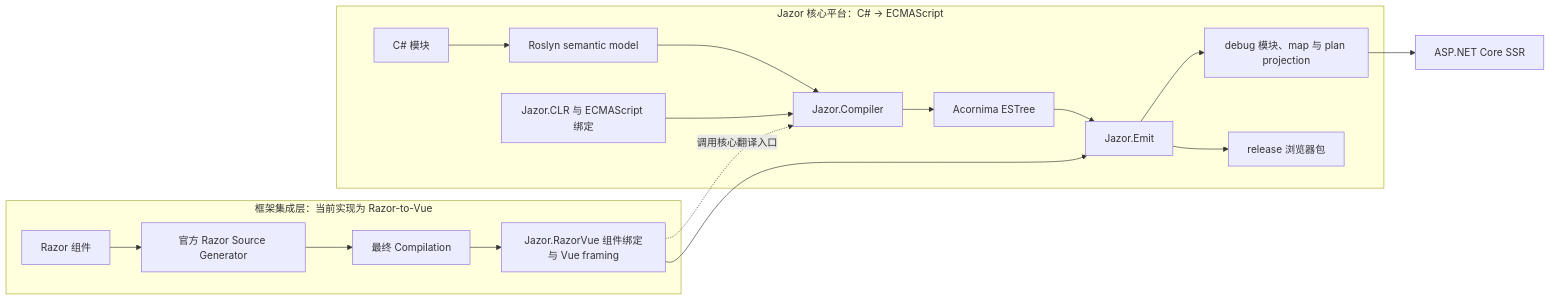
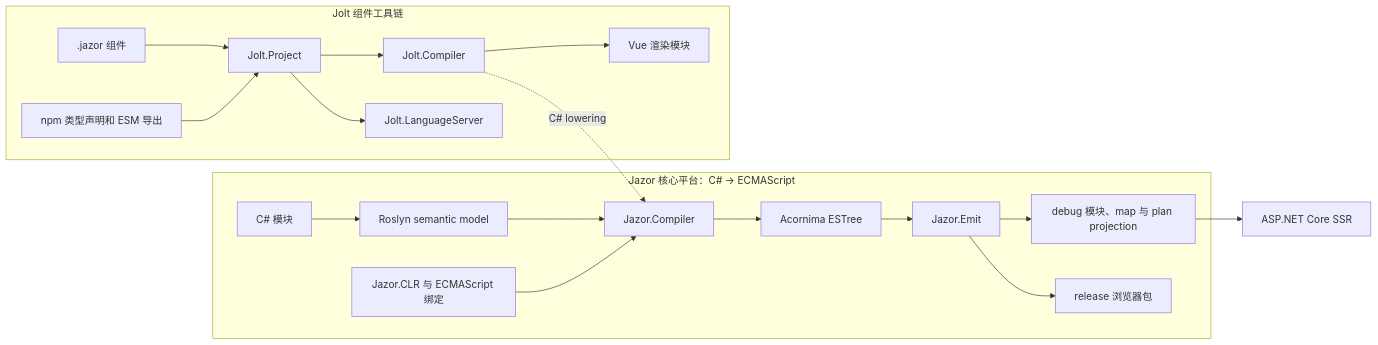
Before and after one commit to devhxj/Jazor: the diagram in docs/01-overview/system-architecture.md, drawn with Mermaid. The commit also changed other lines of this file and 32 other files, not shown here.

Commit message:
chore: finish removing legacy RazorVue and LibNode references

````diff
--- a/docs/01-overview/system-architecture.md
+++ b/docs/01-overview/system-architecture.md
@@ -9,22 +9,23 @@
 ```mermaid
 flowchart LR
     subgraph Core[Jazor 核心平台：C# -> ECMAScript]
         CSharp[C# 模块] --> Roslyn[Roslyn semantic model]
         Roslyn --> Compiler[Jazor.Compiler]
         Bindings[Jazor.CLR 与 ECMAScript 绑定] --> Compiler
         Compiler --> Ast[Acornima ESTree]
         Ast --> Emit[Jazor.Emit]
         Emit --> Debug[debug 模块、map 与 plan projection]
         Emit --> Bundle[release 浏览器包]
     end
 
-    subgraph Integrations[框架集成层：当前实现为 Razor-to-Vue]
-        Razor[Razor 组件] --> RazorSG[官方 Razor Source Generator]
-        RazorSG --> Compilation[最终 Compilation]
-        Compilation --> Binding[Jazor.RazorVue 组件绑定与 Vue framing]
-        Binding -. 调用核心翻译入口 .-> Compiler
-        Binding --> Emit
+    subgraph Jolt[Jolt 组件工具链]
+        Component[.jazor 组件] --> Project[Jolt.Project]
+        Npm[npm 类型声明和 ESM 导出] --> Project
+        Project --> JoltCompiler[Jolt.Compiler]
+        Project --> Editor[Jolt.LanguageServer]
+        JoltCompiler -. C# lowering .-> Compiler
+        JoltCompiler --> Module[Vue 渲染模块]
     end
 
     Debug --> Ssr[ASP.NET Core SSR]
 ```
````
